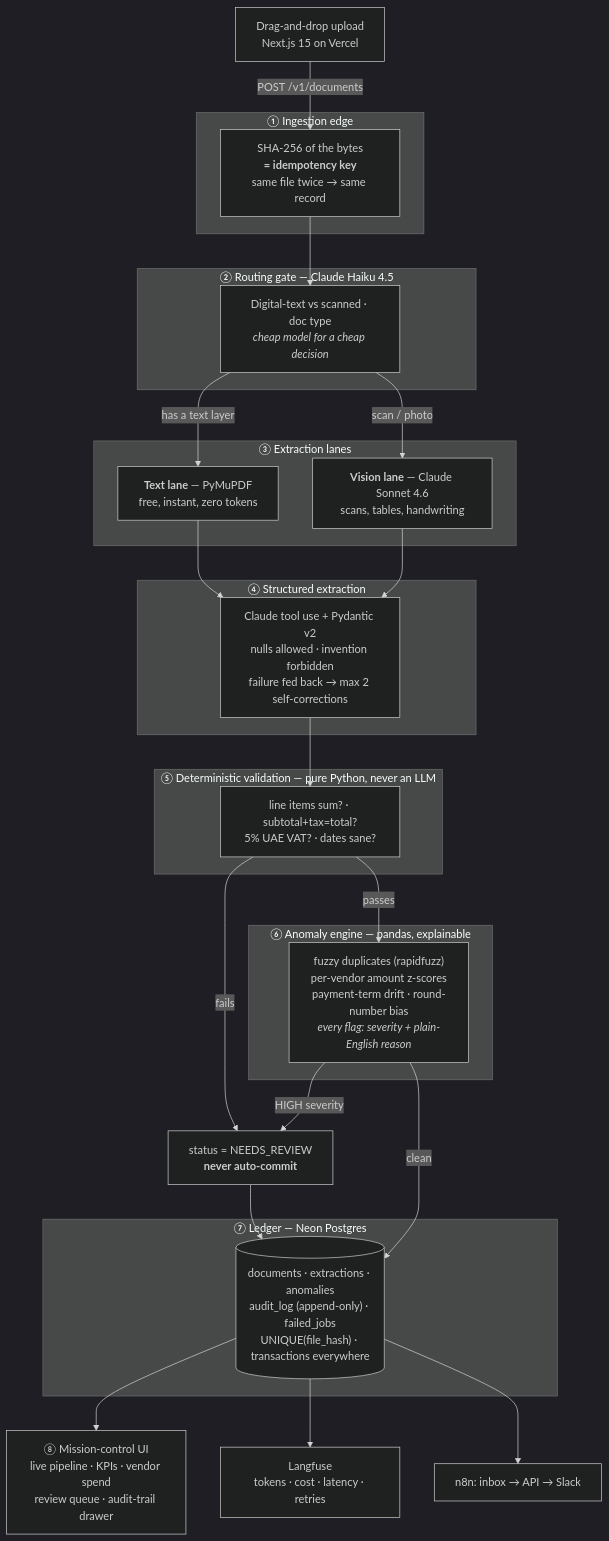
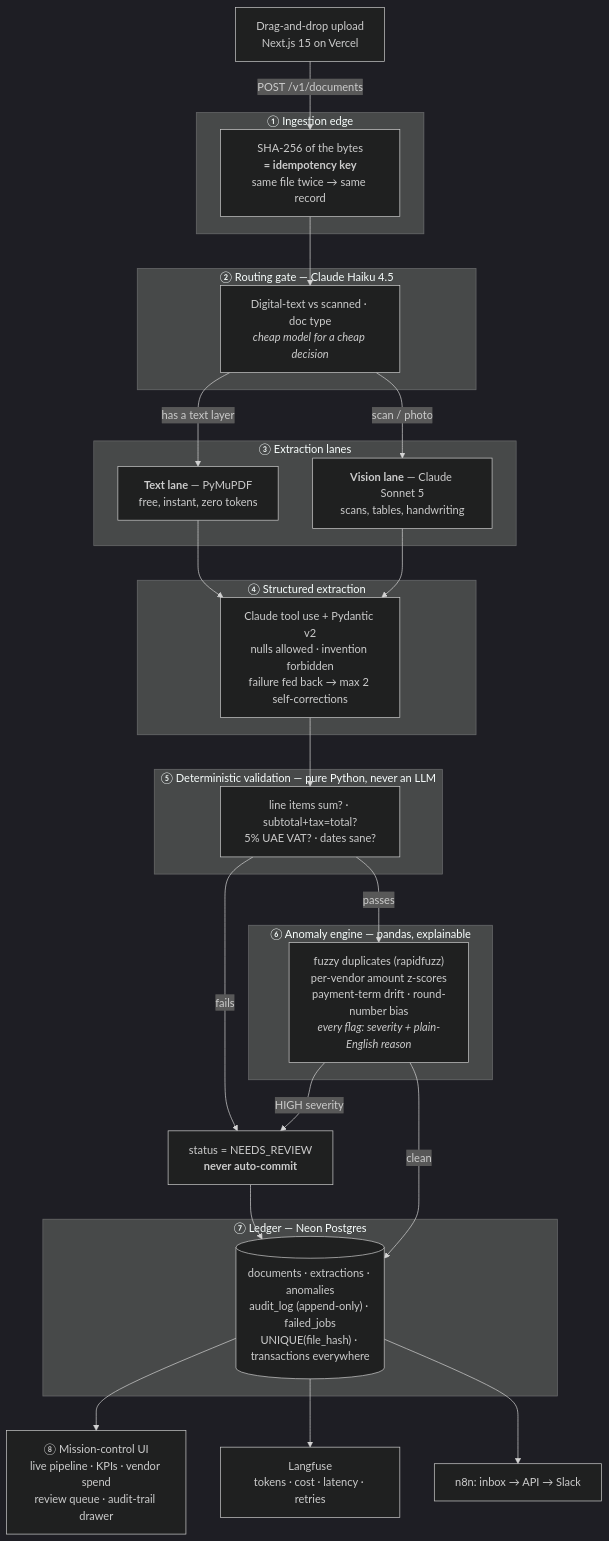
The diagram in README.md (Abdr007/ledgerlens), drawn with Mermaid (dark theme) before and after one commit. The commit also changed 5 other files, not shown here.

First line of the commit message:
Switch extractor to Claude Sonnet 5, pinning thinking off

````diff
--- a/README.md
+++ b/README.md
@@ -46,54 +46,54 @@
 ```mermaid
 flowchart TD
     U["Drag-and-drop upload<br/>Next.js 15 on Vercel"] -->|"POST /v1/documents"| ING
 
     subgraph EDGE["① Ingestion edge"]
         ING["SHA-256 of the bytes<br/><b>= idempotency key</b><br/>same file twice → same record"]
     end
 
     ING --> ROUTE
 
     subgraph GATE["② Routing gate — Claude Haiku 4.5"]
         ROUTE["Digital-text vs scanned · doc type<br/><i>cheap model for a cheap decision</i>"]
     end
 
     ROUTE -->|"has a text layer"| TEXT
     ROUTE -->|"scan / photo"| VISION
 
     subgraph LANES["③ Extraction lanes"]
         TEXT["<b>Text lane</b> — PyMuPDF<br/>free, instant, zero tokens"]
-        VISION["<b>Vision lane</b> — Claude Sonnet 4.6<br/>scans, tables, handwriting"]
+        VISION["<b>Vision lane</b> — Claude Sonnet 5<br/>scans, tables, handwriting"]
     end
 
     TEXT --> EXTRACT
     VISION --> EXTRACT
 
     subgraph SCHEMA["④ Structured extraction"]
         EXTRACT["Claude tool use + Pydantic v2<br/>nulls allowed · invention forbidden<br/>failure fed back → max 2 self-corrections"]
     end
 
     EXTRACT --> VALID
 
     subgraph DET["⑤ Deterministic validation — pure Python, never an LLM"]
         VALID["line items sum? · subtotal+tax=total?<br/>5% UAE VAT? · dates sane?"]
     end
 
     VALID -->|"fails"| REVIEW["status = NEEDS_REVIEW<br/><b>never auto-commit</b>"]
     VALID -->|"passes"| SCREEN
 
     subgraph ANOM["⑥ Anomaly engine — pandas, explainable"]
         SCREEN["fuzzy duplicates (rapidfuzz)<br/>per-vendor amount z-scores<br/>payment-term drift · round-number bias<br/><i>every flag: severity + plain-English reason</i>"]
     end
 
     SCREEN -->|"HIGH severity"| REVIEW
     SCREEN -->|"clean"| LEDGER
 
     subgraph STORE["⑦ Ledger — Neon Postgres"]
         LEDGER[("documents · extractions · anomalies<br/>audit_log (append-only) · failed_jobs<br/>UNIQUE(file_hash) · transactions everywhere")]
     end
 
     REVIEW --> LEDGER
     LEDGER --> UI["⑧ Mission-control UI<br/>live pipeline · KPIs · vendor spend<br/>review queue · audit-trail drawer"]
     LEDGER --> OBS["Langfuse<br/>tokens · cost · latency · retries"]
     LEDGER --> N8N["n8n: inbox → API → Slack"]
 ```
````
